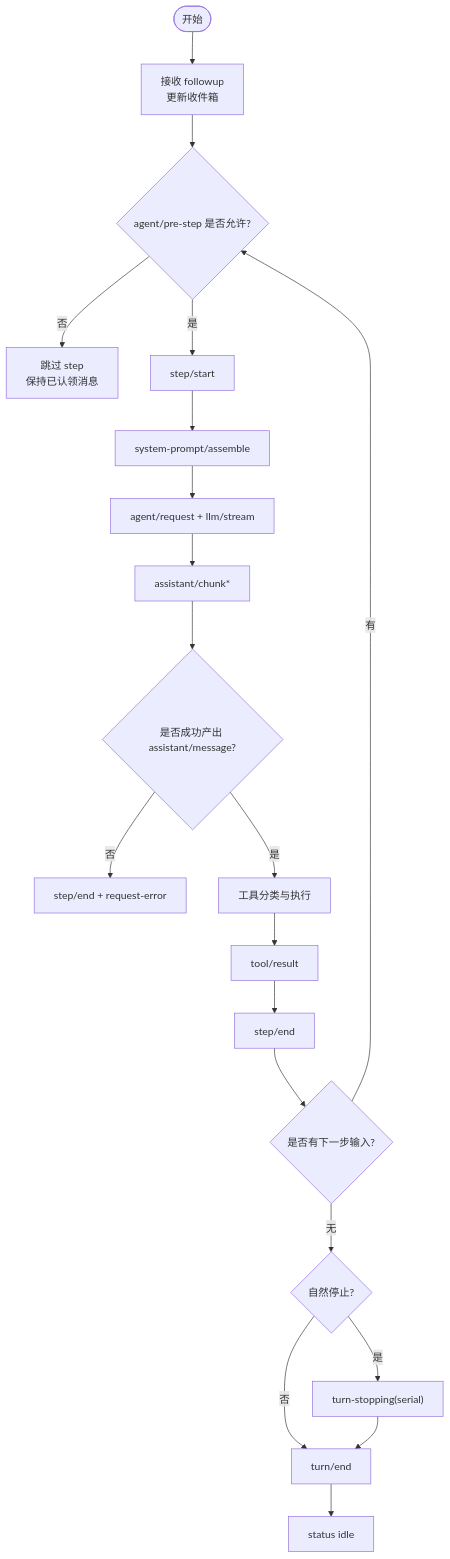
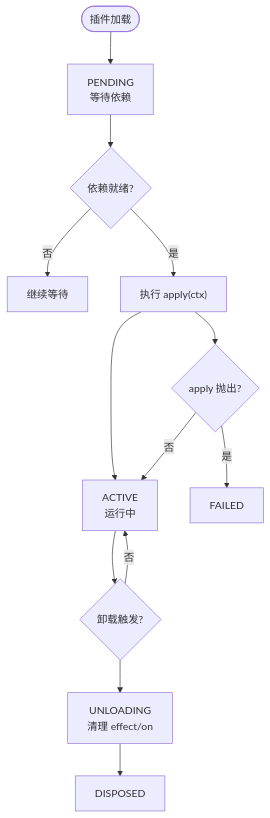
One commit to gongzili456/deepseek-harness changed the third of 8 diagrams in .qoder/repowiki/zh/content/核心概念/核心概念.md. Above: the diagram before and after it, drawn with Mermaid. The commit also changed other lines of this file and 1001 other files, not shown here.

````diff
--- a/.qoder/repowiki/zh/content/核心概念/核心概念.md
+++ b/.qoder/repowiki/zh/content/核心概念/核心概念.md
@@ -218,22 +198,15 @@
 ```mermaid
 flowchart TD
-Start(["开始"]) --> Inbox["接收 followup<br/>更新收件箱"]
-Inbox --> PreStep{"agent/pre-step 是否允许?"}
-PreStep --> |否| SkipStep["跳过 step<br/>保持已认领消息"]
-PreStep --> |是| StepStart["step/start"]
-StepStart --> Prompt["system-prompt/assemble"]
-Prompt --> Request["agent/request + llm/stream"]
-Request --> Chunks["assistant/chunk*"]
-Chunks --> Msg{"是否成功产出 assistant/message?"}
-Msg --> |否| ErrorPath["step/end + request-error"]
-Msg --> |是| Tools["工具分类与执行"]
-Tools --> Result["tool/result"]
-Result --> EndStep["step/end"]
-EndStep --> NextCheck{"是否有下一步输入?"}
-NextCheck --> |有| PreStep
-NextCheck --> |无| Stop{"自然停止?"}
-Stop --> |是| TurnStop["turn-stopping(serial)"]
-Stop --> |否| TurnEnd["turn/end"]
-TurnStop --> TurnEnd
-TurnEnd --> Idle["status idle"]
+Start(["插件加载"]) --> Pending["PENDING<br/>等待依赖"]
+Pending --> Loading{"依赖就绪?"}
+Loading --> |否| Wait["继续等待"]
+Loading --> |是| Apply["执行 apply(ctx)"]
+Apply --> Active["ACTIVE<br/>运行中"]
+Active --> Unloading{"卸载触发?"}
+Unloading --> |否| Active
+Unloading --> Cleanup["UNLOADING<br/>清理 effect/on"]
+Cleanup --> Disposed["DISPOSED"]
+Apply --> Failed{"apply 抛出?"}
+Failed --> |是| FailedState["FAILED"]
+Failed --> |否| Active
 ```
````
